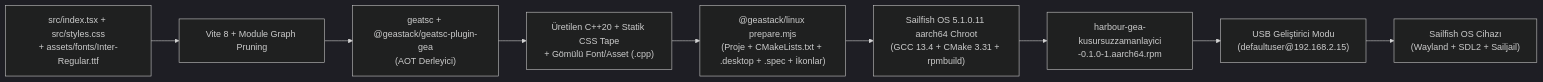
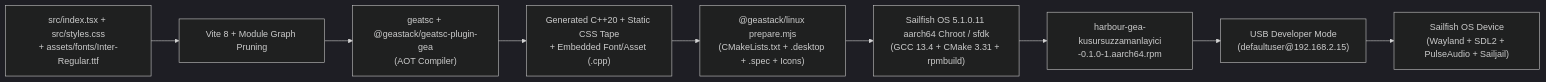
The diagram in docs/README.md (mehmetfiskindal/kumsaati), drawn with Mermaid (dark theme) before and after one commit. The commit also changed other lines of this file and 7 other files, not shown here.

Commit message:
refactor: translate documentation to English and update GeaStack architecture guides

````diff
--- a/docs/README.md
+++ b/docs/README.md
@@ -15,11 +15,11 @@
 ```mermaid
 flowchart LR
   A["src/index.tsx + src/styles.css\n+ assets/fonts/Inter-Regular.ttf"] --> B["Vite 8 + Module Graph Pruning"]
-  B --> C["geatsc + @geastack/geatsc-plugin-gea\n(AOT Derleyici)"]
-  C --> D["Üretilen C++20 + Statik CSS Tape\n+ Gömülü Font/Asset (.cpp)"]
-  D --> E["@geastack/linux prepare.mjs\n(Proje + CMakeLists.txt + .desktop + .spec + İkonlar)"]
-  E --> F["Sailfish OS 5.1.0.11 aarch64 Chroot\n(GCC 13.4 + CMake 3.31 + rpmbuild)"]
+  B --> C["geatsc + @geastack/geatsc-plugin-gea\n(AOT Compiler)"]
+  C --> D["Generated C++20 + Static CSS Tape\n+ Embedded Font/Asset (.cpp)"]
+  D --> E["@geastack/linux prepare.mjs\n(CMakeLists.txt + .desktop + .spec + Icons)"]
+  E --> F["Sailfish OS 5.1.0.11 aarch64 Chroot / sfdk\n(GCC 13.4 + CMake 3.31 + rpmbuild)"]
   F --> G["harbour-gea-kusursuzzamanlayici\n-0.1.0-1.aarch64.rpm"]
-  G --> H["USB Geliştirici Modu\n(defaultuser@192.168.2.15)"]
-  H --> I["Sailfish OS Cihazı\n(Wayland + SDL2 + Sailjail)"]
+  G --> H["USB Developer Mode\n(defaultuser@192.168.2.15)"]
+  H --> I["Sailfish OS Device\n(Wayland + SDL2 + PulseAudio + Sailjail)"]
 ```
````
